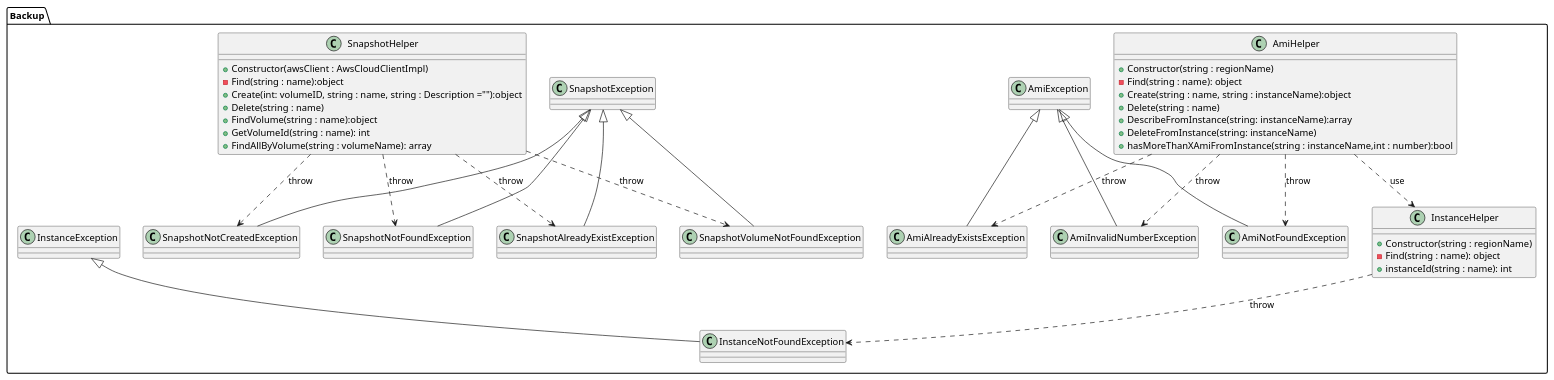
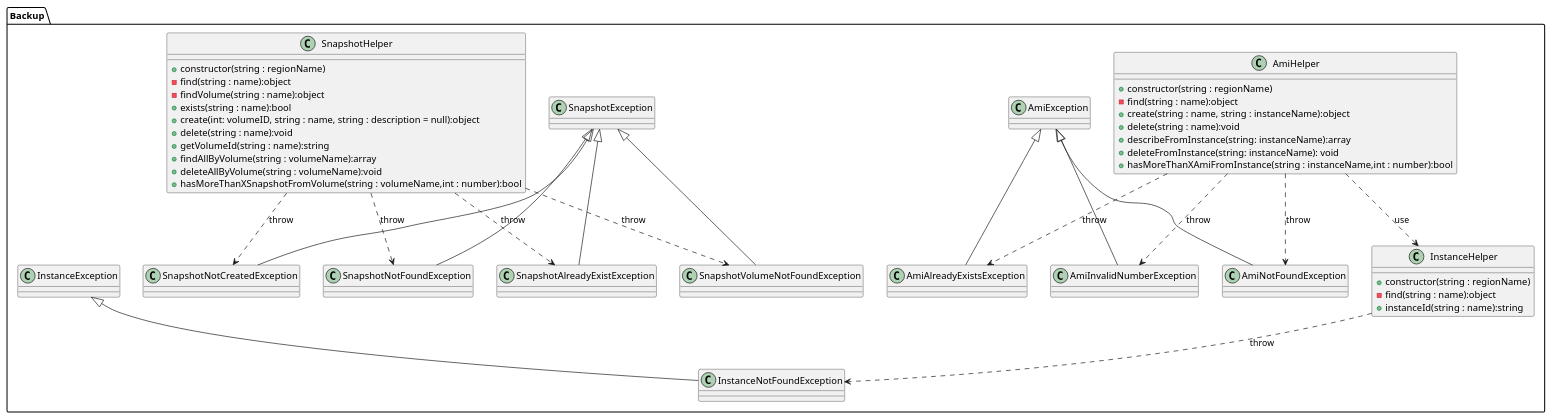
Before and after one commit to NicolasGlassey/VIR1_BACKUP: the diagram in documentation/ClassDiagram.puml, drawn with PlantUML. The commit also changed 1 other file, not shown here.

Commit message:
Update ClassDiagram

```diff
--- a/documentation/ClassDiagram.puml
+++ b/documentation/ClassDiagram.puml
@@ -1,71 +1,74 @@
 @startuml
 'https://plantuml.com/class-diagram
 
 package "Backup"{
     'classes and interfaces
     class AmiHelper{
-        +Constructor(string : regionName)
-        -Find(string : name): object
-        +Create(string : name, string : instanceName):object
-        +Delete(string : name)
-        +DescribeFromInstance(string: instanceName):array
-        +DeleteFromInstance(string: instanceName)
+        +constructor(string : regionName)
+        -find(string : name):object
+        +create(string : name, string : instanceName):object
+        +delete(string : name):void
+        +describeFromInstance(string: instanceName):array
+        +deleteFromInstance(string: instanceName): void
         +hasMoreThanXAmiFromInstance(string : instanceName,int : number):bool
     }
 
     class SnapshotHelper{
-        +Constructor(awsClient : AwsCloudClientImpl)
-        -Find(string : name):object
-        +Create(int: volumeID, string : name, string : Description =""):object
-        +Delete(string : name)
-        +FindVolume(string : name):object
-        +GetVolumeId(string : name): int
-        +FindAllByVolume(string : volumeName): array
+        +constructor(string : regionName)
+        -find(string : name):object
+        -findVolume(string : name):object
+        +exists(string : name):bool
+        +create(int: volumeID, string : name, string : description = null):object
+        +delete(string : name):void
+        +getVolumeId(string : name):string
+        +findAllByVolume(string : volumeName):array
+        +deleteAllByVolume(string : volumeName):void
+        +hasMoreThanXSnapshotFromVolume(string : volumeName,int : number):bool
     }
 
     class InstanceHelper{
-        +Constructor(string : regionName)
-        -Find(string : name): object
-        +instanceId(string : name): int
+        +constructor(string : regionName)
+        -find(string : name):object
+        +instanceId(string : name):string
 
     }
 
     class AmiException{}
     class AmiAlreadyExistsException{}
     class AmiNotFoundException{}
     class AmiInvalidNumberException{}
 
     class SnapshotException{}
     class SnapshotNotFoundException{}
     class SnapshotAlreadyExistException{}
     class SnapshotNotCreatedException{}
     class SnapshotVolumeNotFoundException{}
 
     class InstanceException
     class InstanceNotFoundException
 
     'relations
 
     AmiException <|-- AmiAlreadyExistsException
     AmiException <|-- AmiNotFoundException
     AmiException <|-- AmiInvalidNumberException
 
     AmiHelper ..> AmiAlreadyExistsException :throw
     AmiHelper ..> AmiNotFoundException :throw
     AmiHelper ..> AmiInvalidNumberException :throw
 
     AmiHelper ..> InstanceHelper :use
     InstanceException <|-- InstanceNotFoundException
     InstanceHelper ..> InstanceNotFoundException :throw
 
     SnapshotException <|-- SnapshotNotFoundException
     SnapshotException <|-- SnapshotAlreadyExistException
     SnapshotException <|-- SnapshotNotCreatedException
     SnapshotException <|-- SnapshotVolumeNotFoundException
 
     SnapshotHelper ..> SnapshotNotCreatedException :throw
     SnapshotHelper ..> SnapshotVolumeNotFoundException :throw
     SnapshotHelper ..> SnapshotAlreadyExistException :throw
     SnapshotHelper ..> SnapshotNotFoundException :throw
 
 @enduml
```
